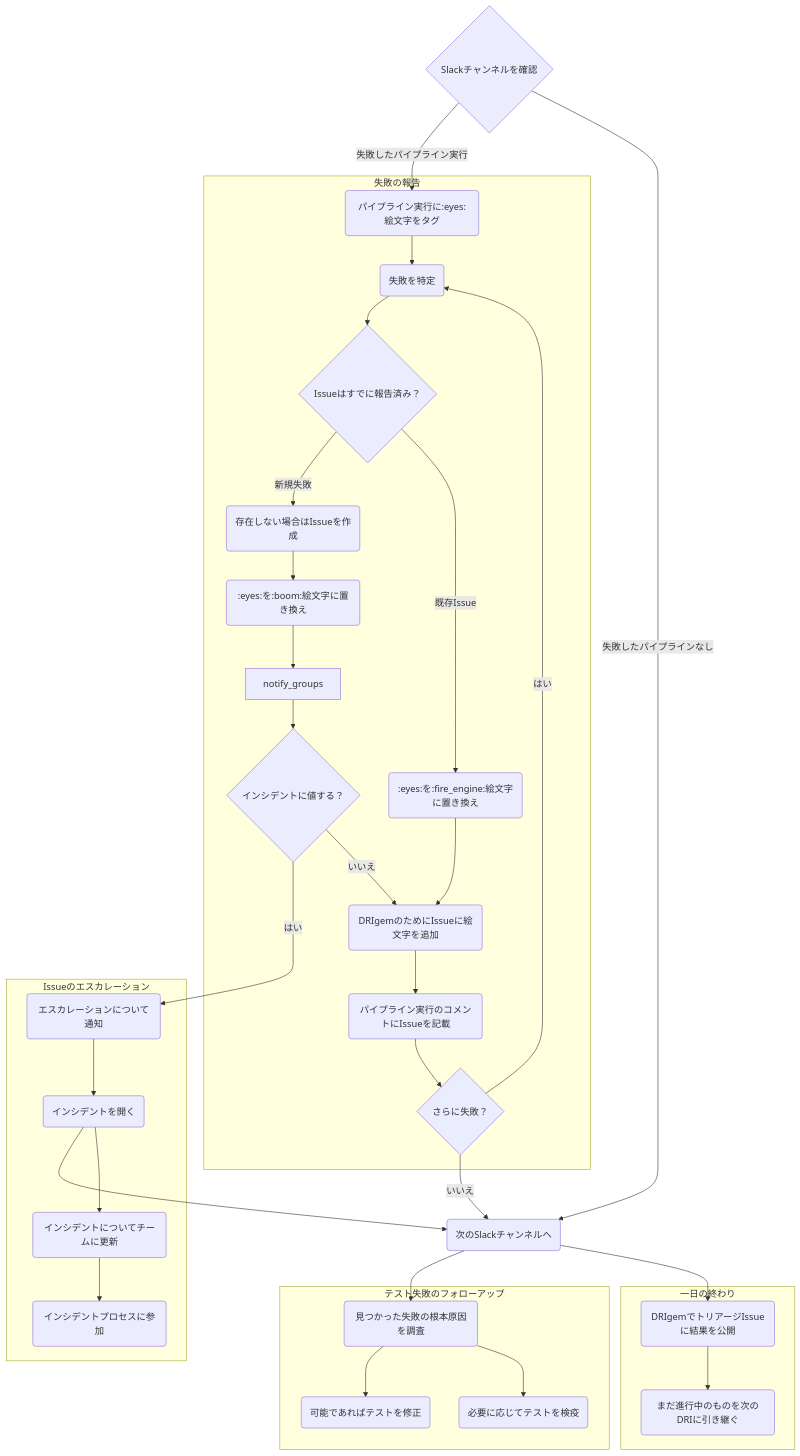
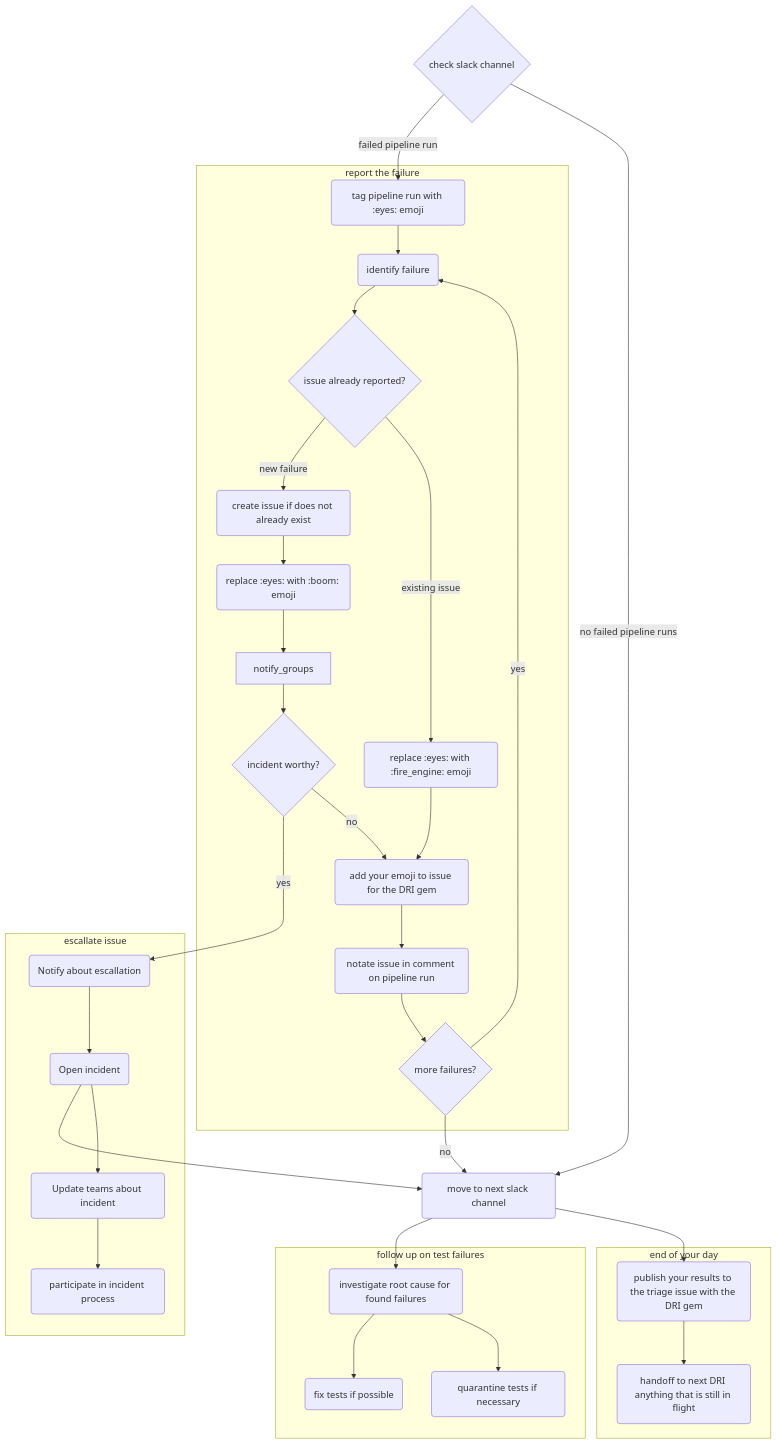
Before and after one commit to kyama0/gitlab-handbook-ja: the diagram in content/handbook/engineering/testing/pipeline-triage.md, drawn with Mermaid. The commit also changed other lines of this file and 10 other files, not shown here.

````diff
--- a/content/handbook/engineering/testing/pipeline-triage.md
+++ b/content/handbook/engineering/testing/pipeline-triage.md
@@ -41,27 +43,27 @@
 ```mermaid
 flowchart TB
         %% nodes
-        slack_channels{Slackチャンネルを確認}
-        next_channel(次のSlackチャンネルへ)
-        failed_pipeline(失敗を特定)
-        existing_issue{Issueはすでに報告済み？}
-        new_issue(存在しない場合はIssueを作成)
-        tag_pipeline(パイプライン実行のコメントにIssueを記載)
-        incident{インシデントに値する？}
-        notify_incident(エスカレーションについて通知)
-        open_incident(インシデントを開く)
-        update_incident(インシデントについてチームに更新)
-        eyes(パイプライン実行に:eyes:絵文字をタグ)
-        fire_engine(:eyes:を:fire_engine:絵文字に置き換え)
-        boom(:eyes:を:boom:絵文字に置き換え)
-        another_failure{さらに失敗？}
-        investigate(見つかった失敗の根本原因を調査)
-        fix_tests(可能であればテストを修正)
-        quarantine_tests(必要に応じてテストを検疫)
-        monitor_incident(インシデントプロセスに参加)
-            tag_issue_for_report(DRIgemのためにIssueに絵文字を追加)
-            publish_results(DRIgemでトリアージIssueに結果を公開)
-            dri_handoff(まだ進行中のものを次のDRIに引き継ぐ)
+        slack_channels{check slack channel}
+        next_channel(move to next slack channel)
+        failed_pipeline(identify failure)
+        existing_issue{issue already reported?}
+        new_issue(create issue if does not already exist)
+        tag_pipeline(notate issue in comment on pipeline run)
+        incident{incident worthy?}
+        notify_incident(Notify about escallation)
+        open_incident(Open incident)
+        update_incident(Update teams about incident)
+        eyes(tag pipeline run with :eyes: emoji)
+        fire_engine(replace :eyes: with :fire_engine: emoji)
+        boom(replace :eyes: with :boom: emoji)
+        another_failure{more failures?}
+        investigate(investigate root cause for found failures)
+        fix_tests(fix tests if possible)
+        quarantine_tests(quarantine tests if necessary)
+        monitor_incident(participate in incident process)
+            tag_issue_for_report(add your emoji to issue for the DRI gem)
+            publish_results(publish your results to the triage issue with the DRI gem)
+            dri_handoff(handoff to next DRI anything that is still in flight)
 
         %% external links
         click failed_pipeline "#review-the-failure-logs"
@@ -83,44 +85,44 @@
         click update_incident "#notify-group-in-all-cases"
 
         %% diagram
-        slack_channels -->|失敗したパイプライン実行| eyes
-              slack_channels -->|失敗したパイプラインなし| next_channel
+        slack_channels -->|failed pipeline run| eyes
+              slack_channels -->|no failed pipeline runs| next_channel
 
                 open_incident --> next_channel
-               another_failure -->|いいえ| next_channel
-        incident -->|はい| notify_incident
+               another_failure -->|no| next_channel
+        incident -->|yes| notify_incident
 
                 next_channel --> investigate
                 next_channel --> publish_results
 
-                subgraph 失敗の報告
+                subgraph report the failure
                   eyes --> failed_pipeline
                   failed_pipeline --> existing_issue
-          existing_issue -->|新規失敗| new_issue
-                  existing_issue -->|既存Issue| fire_engine
+          existing_issue -->|new failure| new_issue
+                  existing_issue -->|existing issue| fire_engine
                     new_issue --> boom
                     boom --> notify_groups
                     notify_groups --> incident
-                incident -->|いいえ| tag_issue_for_report
+                incident -->|no| tag_issue_for_report
                 tag_issue_for_report --> tag_pipeline
 
                     fire_engine --> tag_issue_for_report
                     tag_pipeline --> another_failure
-                    another_failure -->|はい| failed_pipeline
+                    another_failure -->|yes| failed_pipeline
                 end
 
-                subgraph Issueのエスカレーション
+                subgraph escallate issue
                   notify_incident --> open_incident
                   open_incident --> update_incident
           update_incident --> monitor_incident
                 end
 
-                subgraph テスト失敗のフォローアップ
+                subgraph follow up on test failures
                   investigate --> fix_tests
                     investigate --> quarantine_tests
                 end
 
-                subgraph 一日の終わり
+                subgraph end of your day
                 publish_results --> dri_handoff
                 end
 ```
````
